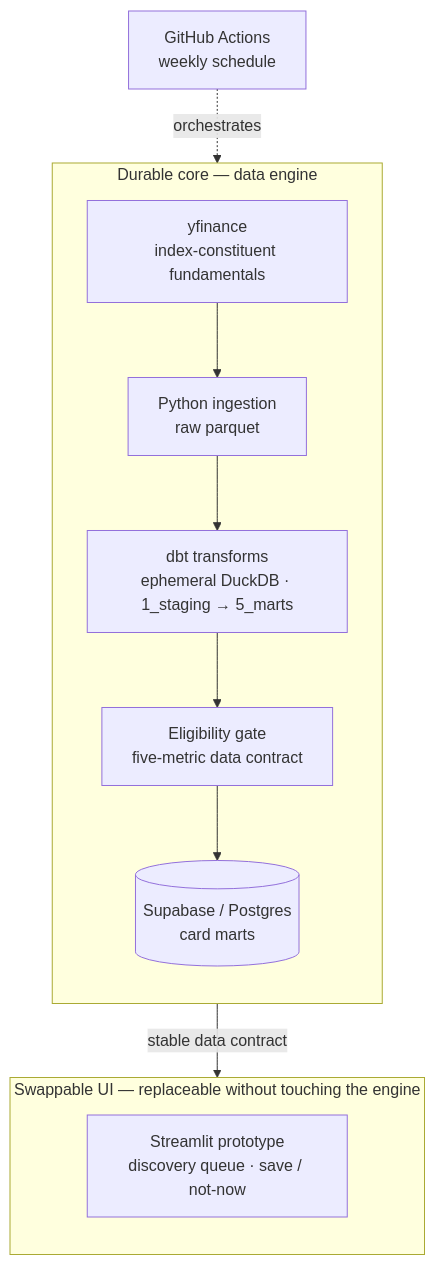
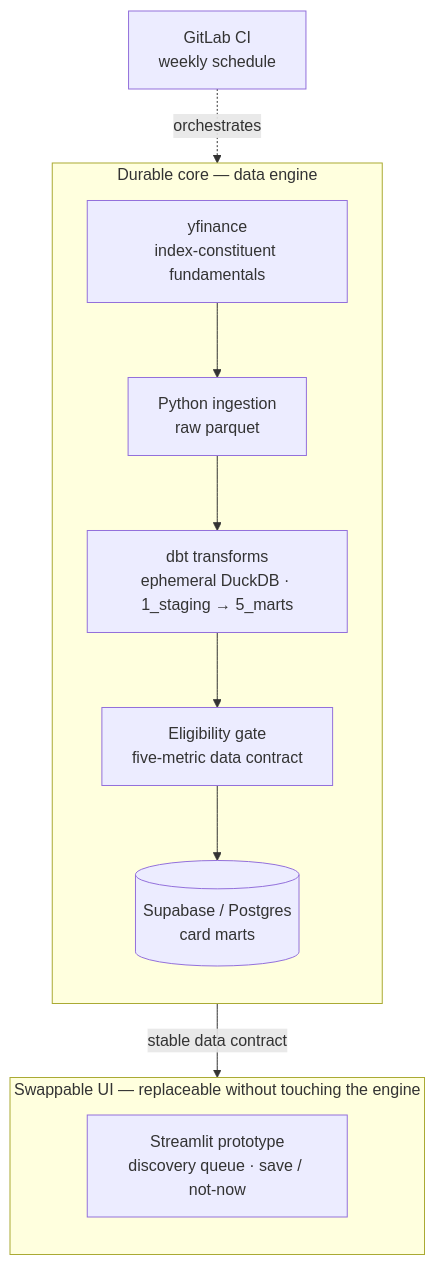
One commit to ramialfahham/stock-explorer-app changed the diagram in README.md. Above: the diagram before and after it, drawn with Mermaid. The commit also changed other lines of this file and 16 other files, not shown here.

````diff
--- a/README.md
+++ b/README.md
@@ -26,16 +26,16 @@
 ```mermaid
 flowchart TD
     subgraph core["Durable core — data engine"]
         direction TB
         A["yfinance<br/>index-constituent fundamentals"] --> B["Python ingestion<br/>raw parquet"]
         B --> C["dbt transforms<br/>ephemeral DuckDB · 1_staging → 5_marts"]
         C --> D["Eligibility gate<br/>five-metric data contract"]
         D --> E[("Supabase / Postgres<br/>card marts")]
     end
     E -->|"stable data contract"| F
     subgraph ui["Swappable UI — replaceable without touching the engine"]
         direction TB
         F["Streamlit prototype<br/>discovery queue · save / not-now"]
     end
-    G["GitHub Actions<br/>weekly schedule"] -.orchestrates.-> core
+    G["GitLab CI<br/>weekly schedule"] -.orchestrates.-> core
 ```
````
